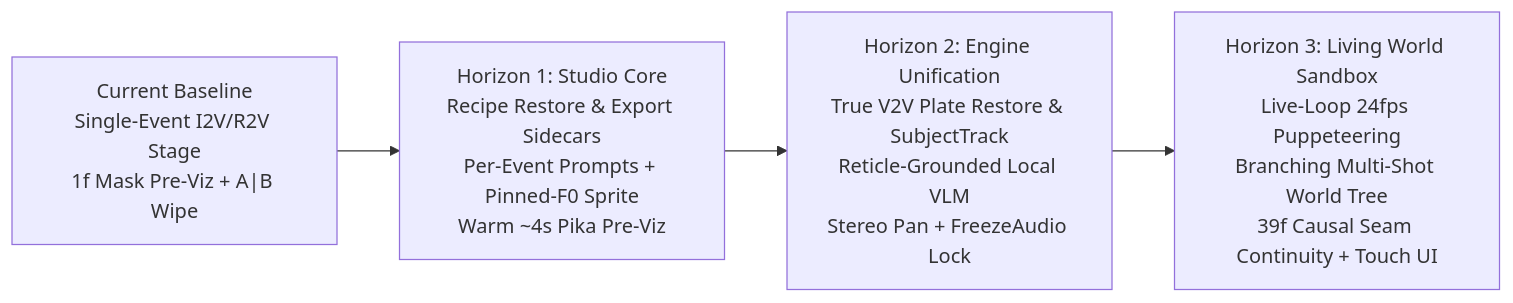
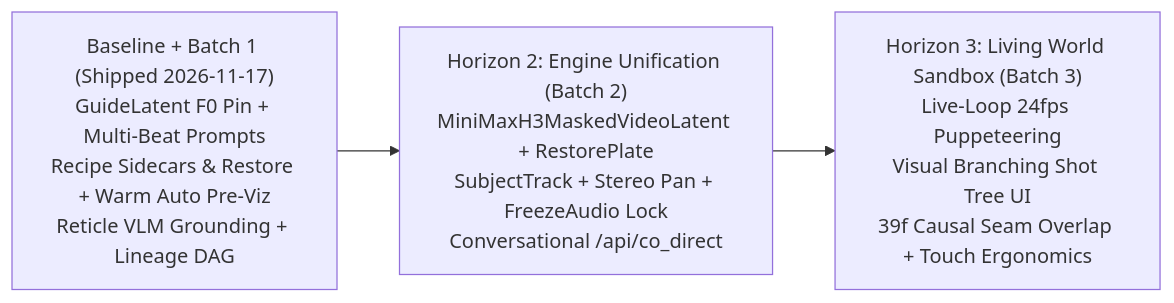
The diagram in director/ROADMAP.md (fblissjr/ComfyUI-h3-explorations), drawn with Mermaid before and after one commit. The commit also changed other lines of this file and 7 other files, not shown here.

````diff
--- a/director/ROADMAP.md
+++ b/director/ROADMAP.md
@@ -98,6 +123,5 @@
 ```mermaid
 flowchart LR
-  B["Current Baseline<br/>Single-Event I2V/R2V Stage<br/>1f Mask Pre-Viz + A|B Wipe"] --> H1["Horizon 1: Studio Core<br/>Recipe Restore & Export Sidecars<br/>Per-Event Prompts + Pinned-F0 Sprite<br/>Warm ~4s Pika Pre-Viz"]
-  H1 --> H2["Horizon 2: Engine Unification<br/>True V2V Plate Restore & SubjectTrack<br/>Reticle-Grounded Local VLM<br/>Stereo Pan + FreezeAudio Lock"]
-  H2 --> H3["Horizon 3: Living World Sandbox<br/>Live-Loop 24fps Puppeteering<br/>Branching Multi-Shot World Tree<br/>39f Causal Seam Continuity + Touch UI"]
+  B["Baseline + Batch 1 (Shipped 2026-11-17)<br/>GuideLatent F0 Pin + Multi-Beat Prompts<br/>Recipe Sidecars & Restore + Warm Auto Pre-Viz<br/>Reticle VLM Grounding + Lineage DAG"] --> H2["Horizon 2: Engine Unification (Batch 2)<br/>MiniMaxH3MaskedVideoLatent + RestorePlate<br/>SubjectTrack + Stereo Pan + FreezeAudio Lock<br/>Conversational /api/co_direct"]
+  H2 --> H3["Horizon 3: Living World Sandbox (Batch 3)<br/>Live-Loop 24fps Puppeteering<br/>Visual Branching Shot Tree UI<br/>39f Causal Seam Overlap + Touch Ergonomics"]
 ```
````
